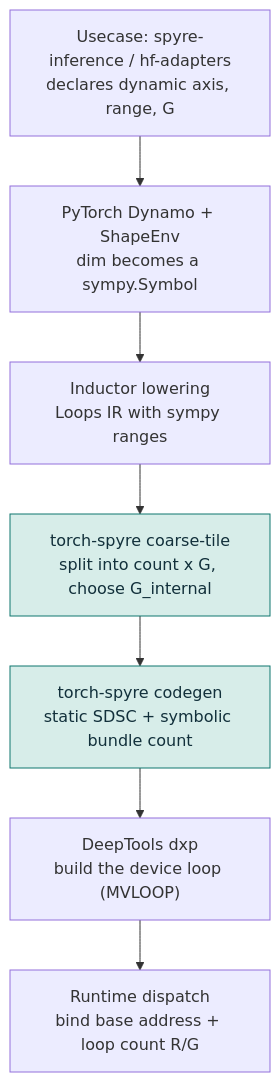
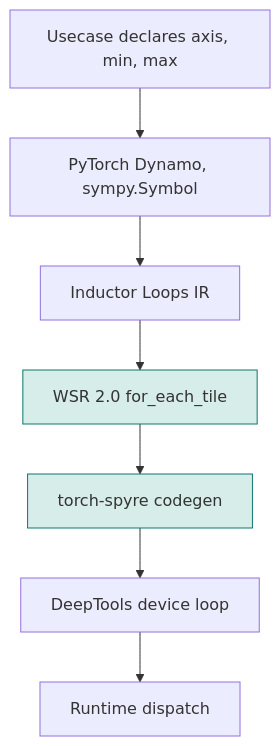
The first of 8 diagrams in docs/source/architecture/Symbolic_Shapes_HLD.md (Vivek1258/torch-spyre), drawn with Mermaid before and after one commit. The commit also changed other lines of this file, not shown here.

````diff
--- a/docs/source/architecture/Symbolic_Shapes_HLD.md
+++ b/docs/source/architecture/Symbolic_Shapes_HLD.md
@@ -31,13 +100,13 @@
 ```mermaid
 flowchart TB
-  a1["Usecase: spyre-inference / hf-adapters<br/>declares dynamic axis, range, G"]
-  a2["PyTorch Dynamo + ShapeEnv<br/>dim becomes a sympy.Symbol"]
-  a3["Inductor lowering<br/>Loops IR with sympy ranges"]
-  a4["torch-spyre coarse-tile<br/>split into count x G, choose G_internal"]
-  a5["torch-spyre codegen<br/>static SDSC + symbolic bundle count"]
-  a6["DeepTools dxp<br/>build the device loop (MVLOOP)"]
-  a7["Runtime dispatch<br/>bind base address + loop count R/G"]
+  a1["Usecase declares axis, min, max"]
+  a2["PyTorch Dynamo, sympy.Symbol"]
+  a3["Inductor Loops IR"]
+  a4["WSR 2.0 for_each_tile"]
+  a5["torch-spyre codegen"]
+  a6["DeepTools device loop"]
+  a7["Runtime dispatch"]
   a1 --> a2 --> a3 --> a4 --> a5 --> a6 --> a7
-  classDef us fill:#d7ede9,stroke:#0f766e,color:#12303b;
+  classDef us fill:#d7ede9,stroke:#0f766e;
   class a4,a5 us
 ```
````
